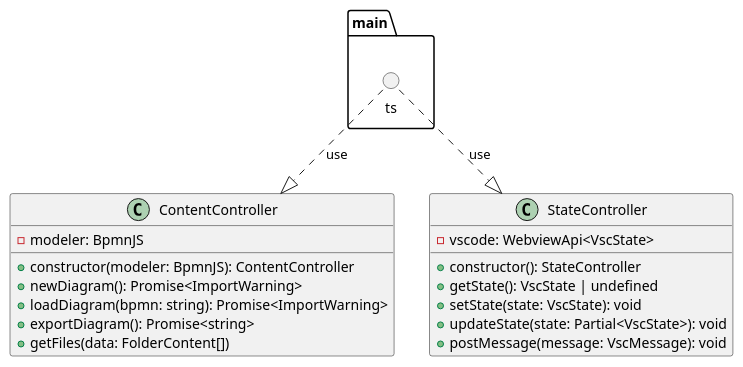
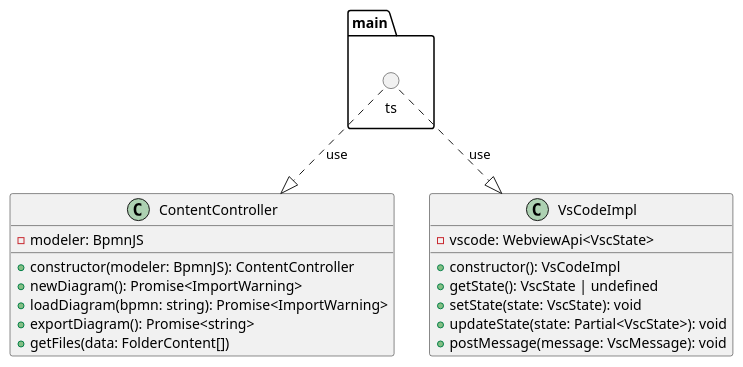
The diagram in apps/miranum-dmn-modeler-webview/uml/webview.puml (Miragon/miranum-ide), drawn with PlantUML before and after one commit. The commit also changed 23 other files, not shown here.

```diff
--- a/apps/miranum-dmn-modeler-webview/uml/webview.puml
+++ b/apps/miranum-dmn-modeler-webview/uml/webview.puml
@@ -1,26 +1,26 @@
 @startuml
 
 class ContentController {
     - modeler: BpmnJS
     + constructor(modeler: BpmnJS): ContentController
     + newDiagram(): Promise<ImportWarning>
     + loadDiagram(bpmn: string): Promise<ImportWarning>
     + exportDiagram(): Promise<string>
     + getFiles(data: FolderContent[])
 }
 
-class StateController {
+class VsCodeImpl {
     - vscode: WebviewApi<VscState>
-    + constructor(): StateController
+    + constructor(): VsCodeImpl
     + getState(): VscState | undefined
     + setState(state: VscState): void
     + updateState(state: Partial<VscState>): void
     + postMessage(message: VscMessage): void
 }
 
 circle main.ts
 
 main.ts ..|> ContentController : use
-main.ts ..|> StateController : use
+main.ts ..|> VsCodeImpl : use
 
 @enduml
```
